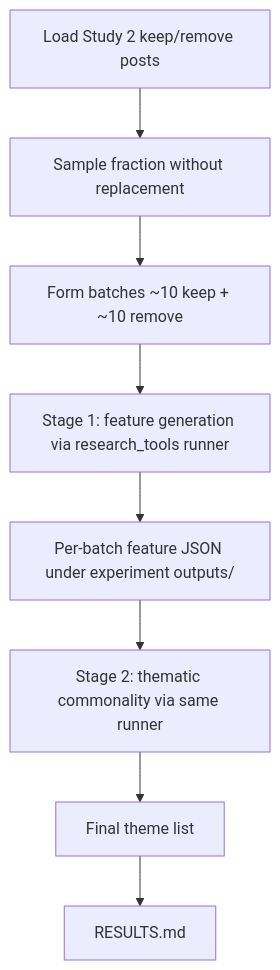
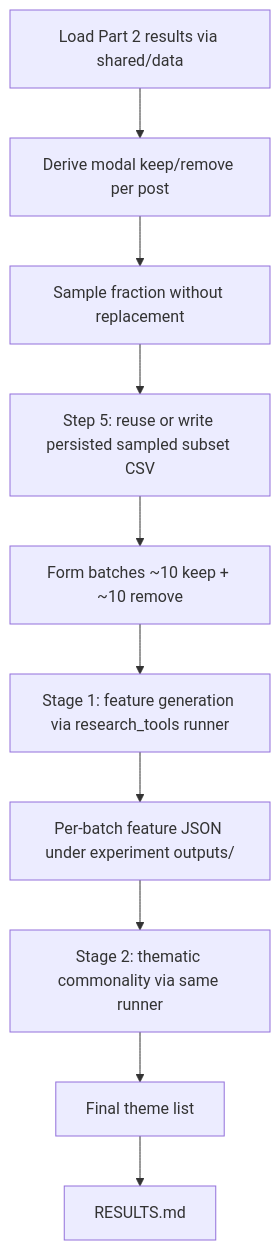
One commit to METResearchGroup/mirrorView-task changed the diagram in docs/plans/2026-07-31_llm_based_feature_generation_760572/plan.md. Above: the diagram before and after it, drawn with Mermaid. The commit also changed other lines of this file and 5 other files, not shown here.

````diff
--- a/docs/plans/2026-07-31_llm_based_feature_generation_760572/plan.md
+++ b/docs/plans/2026-07-31_llm_based_feature_generation_760572/plan.md
@@ -27,10 +33,12 @@
 ```mermaid
 flowchart TD
-  A[Load Study 2 keep/remove posts] --> B[Sample fraction without replacement]
-  B --> C[Form batches ~10 keep + ~10 remove]
-  C --> D[Stage 1: feature generation via research_tools runner]
-  D --> E[Per-batch feature JSON under experiment outputs/]
-  E --> F[Stage 2: thematic commonality via same runner]
-  F --> G[Final theme list]
-  G --> H[RESULTS.md]
+  A[Load Part 2 results via shared/data] --> B[Derive modal keep/remove per post]
+  B --> C[Sample fraction without replacement]
+  C --> C2[Step 5: reuse or write persisted sampled subset CSV]
+  C2 --> D[Form batches ~10 keep + ~10 remove]
+  D --> E[Stage 1: feature generation via research_tools runner]
+  E --> F[Per-batch feature JSON under experiment outputs/]
+  F --> G[Stage 2: thematic commonality via same runner]
+  G --> H[Final theme list]
+  H --> I[RESULTS.md]
 ```
````
